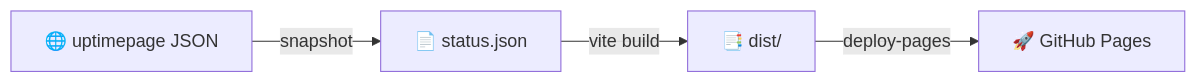
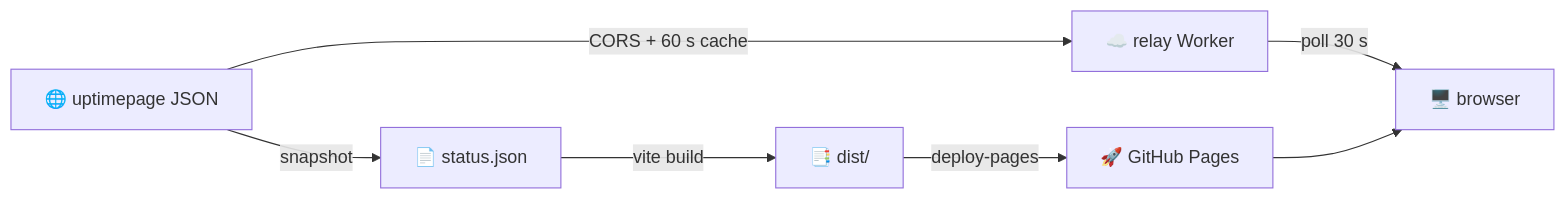
One commit to ISC-HEI/isc-uptime changed the diagram in README.md. Above: the diagram before and after it, drawn with Mermaid. The commit also changed other lines of this file, not shown here.

Commit message:
Align the README with the deployed setup: status.isc-vs.ch, live relay, real cron cadence

````diff
--- a/README.md
+++ b/README.md
@@ -67,6 +87,9 @@
 ```mermaid
 flowchart LR
     A["🌐 uptimepage JSON"] -->|snapshot| B["📄 status.json"]
     B -->|vite build| C["📑 dist/"]
     C -->|deploy-pages| D["🚀 GitHub Pages"]
+    A -->|"CORS + 60 s cache"| R["☁️ relay Worker"]
+    R -->|"poll 30 s"| E["🖥️ browser"]
+    D --> E
 ```
````
